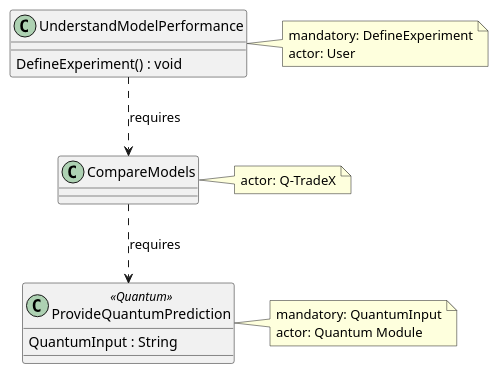
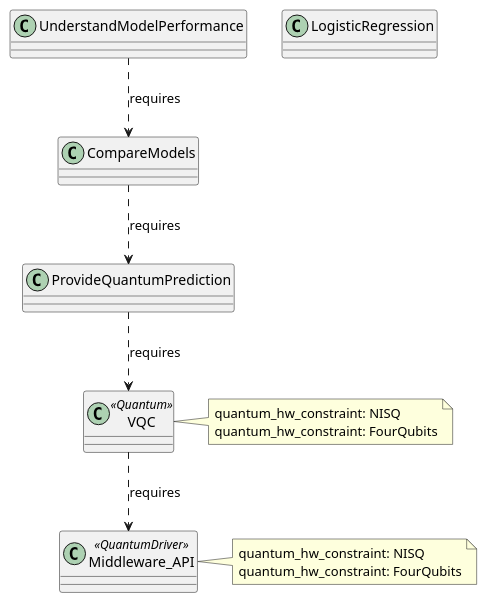
Before and after one commit to QuantumLab-DCI/MDD-HQC: the diagram in artifacts/cases/q-tradex/generated-psm.puml, drawn with PlantUML. The commit also changed 1 other file, not shown here.

```diff
--- a/artifacts/cases/q-tradex/generated-psm.puml
+++ b/artifacts/cases/q-tradex/generated-psm.puml
@@ -1,23 +1,26 @@
 @startuml
 class "CompareModels" as C1 {
 }
-note right of C1
-  actor: Q-TradeX
-end note
-class "ProvideQuantumPrediction" as C2 <<Quantum>> {
-  QuantumInput : String
+class "LogisticRegression" as C2 {
 }
-note right of C2
-  mandatory: QuantumInput
-  actor: Quantum Module
-end note
-class "UnderstandModelPerformance" as C3 {
-  DefineExperiment() : void
+class "Middleware_API" as C3 <<QuantumDriver>> {
 }
 note right of C3
-  mandatory: DefineExperiment
-  actor: User
+  quantum_hw_constraint: NISQ
+  quantum_hw_constraint: FourQubits
 end note
-C1 ..> C2 : requires
-C3 ..> C1 : requires
+class "ProvideQuantumPrediction" as C4 {
+}
+class "UnderstandModelPerformance" as C5 {
+}
+class "VQC" as C6 <<Quantum>> {
+}
+note right of C6
+  quantum_hw_constraint: NISQ
+  quantum_hw_constraint: FourQubits
+end note
+C5 ..> C1 : requires
+C1 ..> C4 : requires
+C4 ..> C6 : requires
+C6 ..> C3 : requires
 @enduml
```
